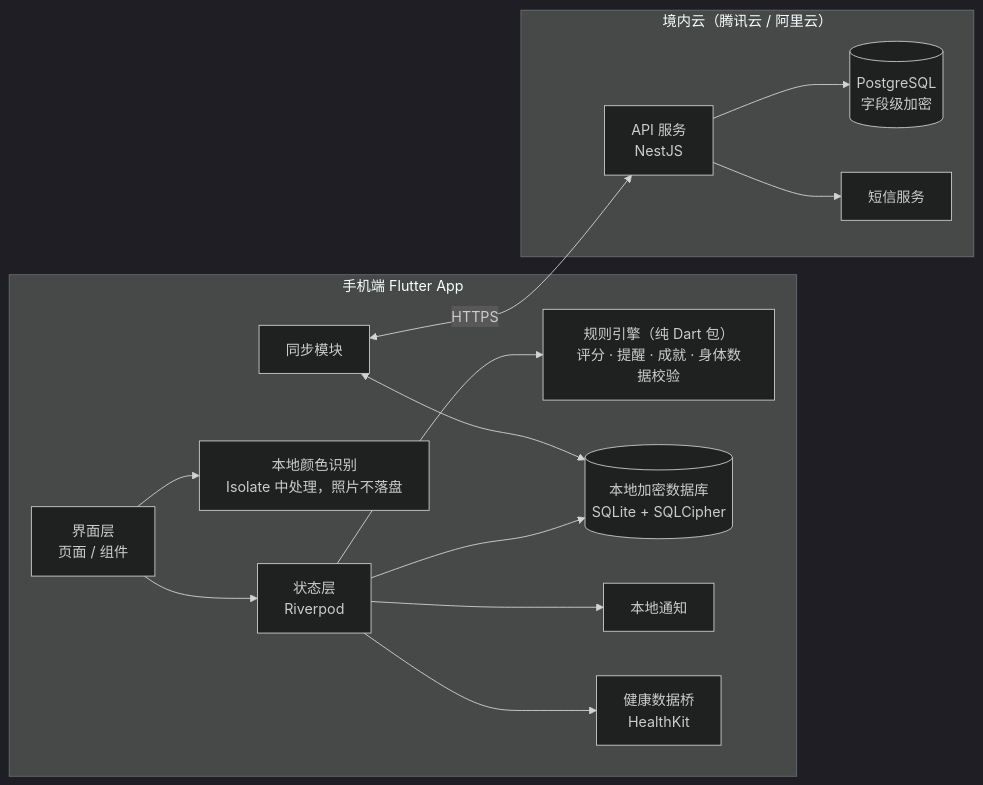
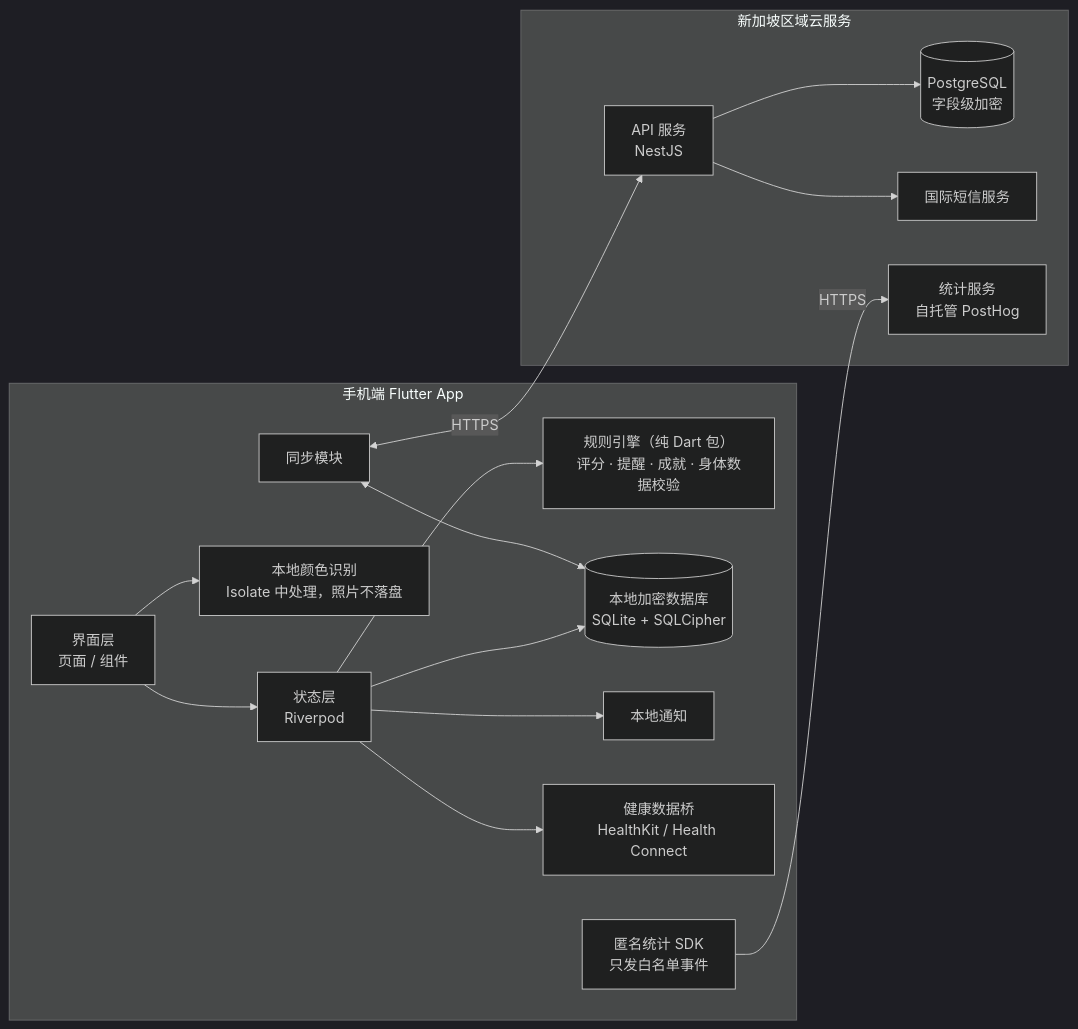
Before and after one commit to plxxf/rewrite: the diagram in stool-score-app/docs/技术方案.md, drawn with Mermaid (dark theme). The commit also changed other lines of this file and 1 other file, not shown here.

````diff
--- a/stool-score-app/docs/技术方案.md
+++ b/stool-score-app/docs/技术方案.md
@@ -26,27 +33,30 @@
 ```mermaid
 flowchart LR
   subgraph Phone["手机端 Flutter App"]
     UI["界面层<br/>页面 / 组件"]
     State["状态层<br/>Riverpod"]
     Rules["规则引擎（纯 Dart 包）<br/>评分 · 提醒 · 成就 · 身体数据校验"]
     Vision["本地颜色识别<br/>Isolate 中处理，照片不落盘"]
     DB[("本地加密数据库<br/>SQLite + SQLCipher")]
     Notif["本地通知"]
-    Health["健康数据桥<br/>HealthKit"]
+    Health["健康数据桥<br/>HealthKit / Health Connect"]
     Sync["同步模块"]
+    Stats["匿名统计 SDK<br/>只发白名单事件"]
   end
-  subgraph Cloud["境内云（腾讯云 / 阿里云）"]
+  subgraph Cloud["新加坡区域云服务"]
     API["API 服务<br/>NestJS"]
     PG[("PostgreSQL<br/>字段级加密")]
-    SMS["短信服务"]
+    SMS["国际短信服务"]
+    PH["统计服务<br/>自托管 PostHog"]
   end
   UI --> State --> Rules
   State --> DB
   UI --> Vision
   State --> Notif
   State --> Health
   Sync <--> DB
   Sync <-->|HTTPS| API
   API --> PG
   API --> SMS
+  Stats -->|HTTPS| PH
 ```
````
